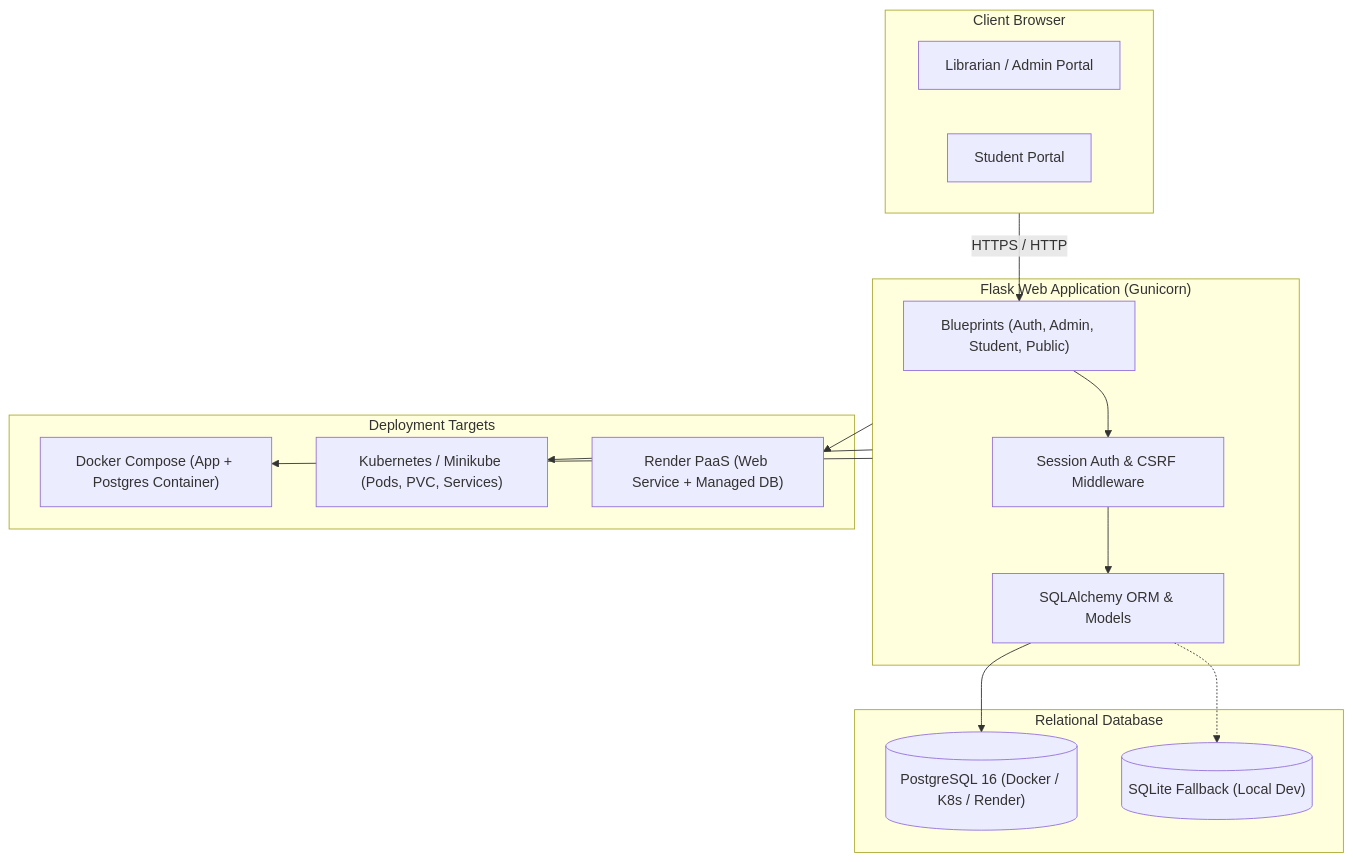
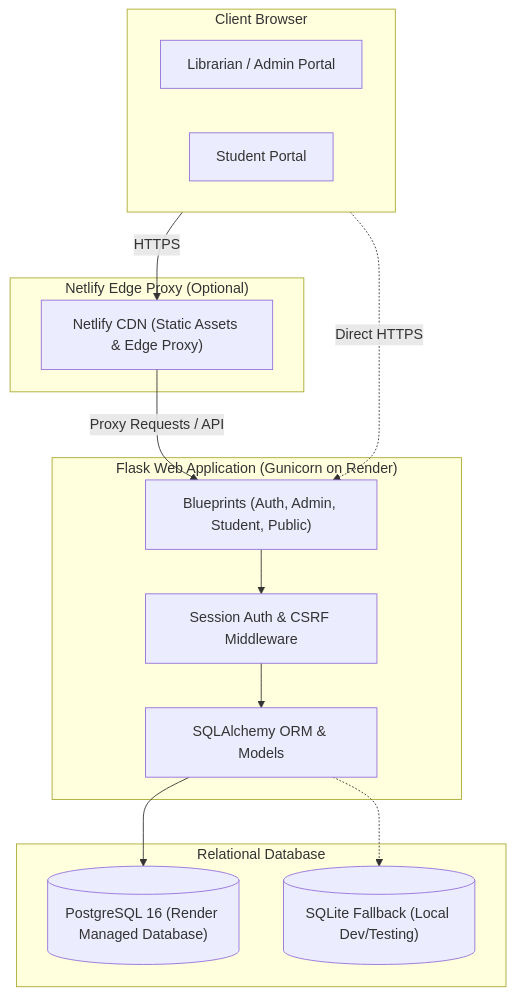
Before and after one commit to Liya-Reji/Library-Management-System-Netlify: the diagram in README.md, drawn with Mermaid. The commit also changed other lines of this file and 9 other files, not shown here.

````diff
--- a/README.md
+++ b/README.md
@@ -20,34 +20,30 @@
 ```mermaid
 flowchart TD
     subgraph Client["Client Browser"]
         Librarian["Librarian / Admin Portal"]
         StudentUser["Student Portal"]
     end
 
-    subgraph AppServer["Flask Web Application (Gunicorn)"]
+    subgraph EdgeCDN["Netlify Edge Proxy (Optional)"]
+        NetlifyEdge["Netlify CDN (Static Assets & Edge Proxy)"]
+    end
+
+    subgraph AppServer["Flask Web Application (Gunicorn on Render)"]
         Routes["Blueprints (Auth, Admin, Student, Public)"]
         Security["Session Auth & CSRF Middleware"]
         ORM["SQLAlchemy ORM & Models"]
     end
 
     subgraph DataLayer["Relational Database"]
-        PostgresDB[("PostgreSQL 16 (Docker / K8s / Render)")]
-        SQLiteLocal[("SQLite Fallback (Local Dev)")]
+        PostgresDB[("PostgreSQL 16 (Render Managed Database)")]
+        SQLiteLocal[("SQLite Fallback (Local Dev/Testing)")]
     end
 
-    subgraph DeployEnv["Deployment Targets"]
-        LocalCompose["Docker Compose (App + Postgres Container)"]
-        K8sCluster["Kubernetes / Minikube (Pods, PVC, Services)"]
-        RenderCloud["Render PaaS (Web Service + Managed DB)"]
-    end
-
-    Client -->|HTTPS / HTTP| Routes
+    Client -->|HTTPS| NetlifyEdge
+    NetlifyEdge -->|Proxy Requests / API| Routes
+    Client -.->|Direct HTTPS| Routes
     Routes --> Security
     Security --> ORM
     ORM --> PostgresDB
     ORM -.-> SQLiteLocal
-
-    AppServer --> LocalCompose
-    AppServer --> K8sCluster
-    AppServer --> RenderCloud
 ```
````
